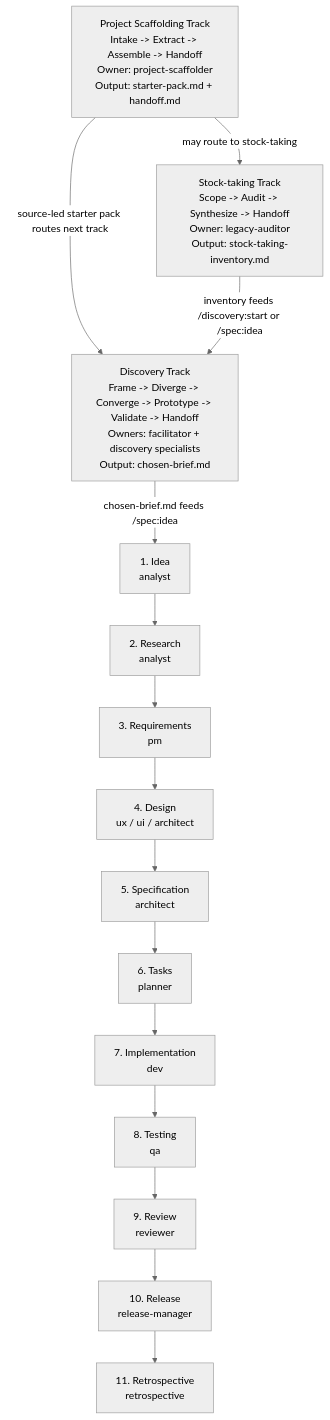
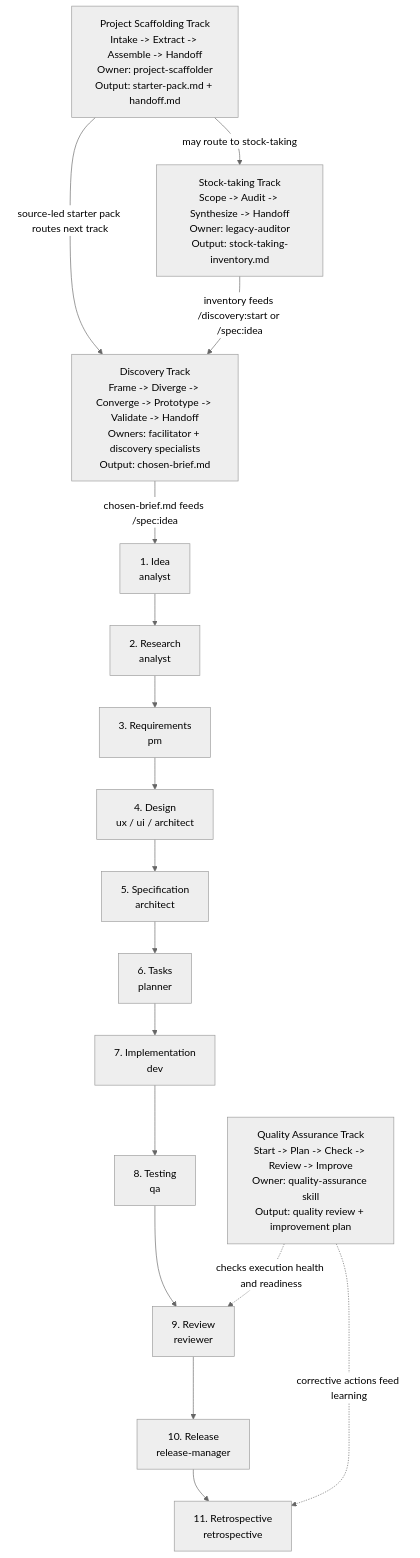
The first of 2 diagrams in docs/workflow-overview.md (Luis85/agentic-workflow), drawn with Mermaid (neutral theme) before and after one commit. The commit also changed other lines of this file and 34 other files, not shown here.

Commit message:
feat(quality): add T-QAW-001 assurance workflow

````diff
--- a/docs/workflow-overview.md
+++ b/docs/workflow-overview.md
@@ -3,33 +3,36 @@
 ```mermaid
 flowchart TD
     scaffold["Project Scaffolding Track<br/>Intake -> Extract -> Assemble -> Handoff<br/>Owner: project-scaffolder<br/>Output: starter-pack.md + handoff.md"]
     stock["Stock-taking Track<br/>Scope -> Audit -> Synthesize -> Handoff<br/>Owner: legacy-auditor<br/>Output: stock-taking-inventory.md"]
     discovery["Discovery Track<br/>Frame -> Diverge -> Converge -> Prototype -> Validate -> Handoff<br/>Owners: facilitator + discovery specialists<br/>Output: chosen-brief.md"]
+    quality["Quality Assurance Track<br/>Start -> Plan -> Check -> Review -> Improve<br/>Owner: quality-assurance skill<br/>Output: quality review + improvement plan"]
 
     idea["1. Idea<br/>analyst"]
     research["2. Research<br/>analyst"]
     requirements["3. Requirements<br/>pm"]
     design["4. Design<br/>ux / ui / architect"]
     specification["5. Specification<br/>architect"]
     tasks["6. Tasks<br/>planner"]
     implementation["7. Implementation<br/>dev"]
     testing["8. Testing<br/>qa"]
     review["9. Review<br/>reviewer"]
     release["10. Release<br/>release-manager"]
     retro["11. Retrospective<br/>retrospective"]
 
     scaffold -->|source-led starter pack routes next track| discovery
     scaffold -->|may route to stock-taking| stock
     stock -->|inventory feeds /discovery:start or /spec:idea| discovery
     discovery -->|chosen-brief.md feeds /spec:idea| idea
     idea --> research
     research --> requirements
     requirements --> design
     design --> specification
     specification --> tasks
     tasks --> implementation
     implementation --> testing
     testing --> review
     review --> release
     release --> retro
+    quality -.->|checks execution health and readiness| review
+    quality -.->|corrective actions feed learning| retro
 ```
````
